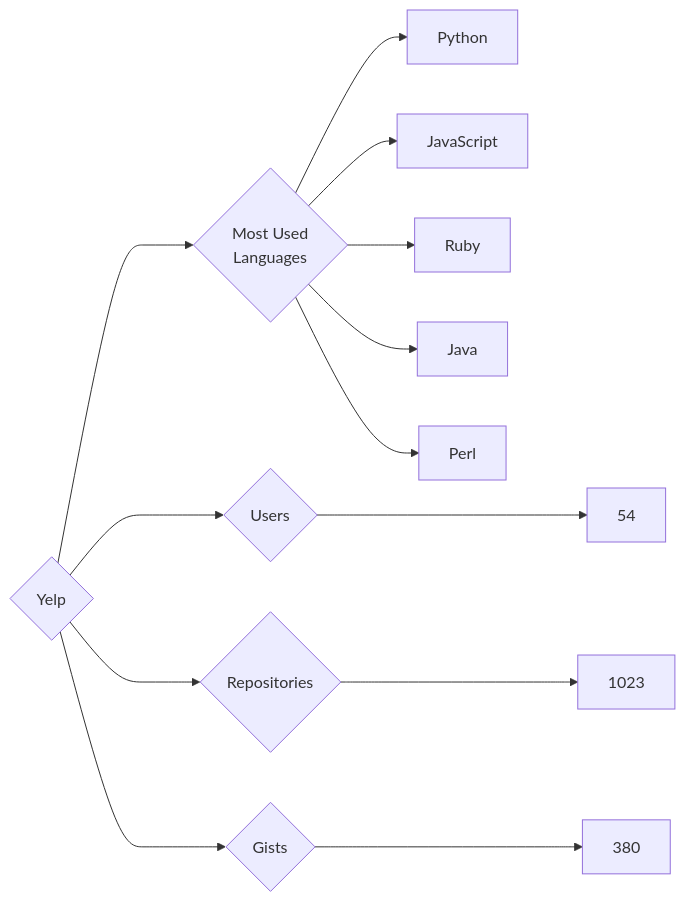
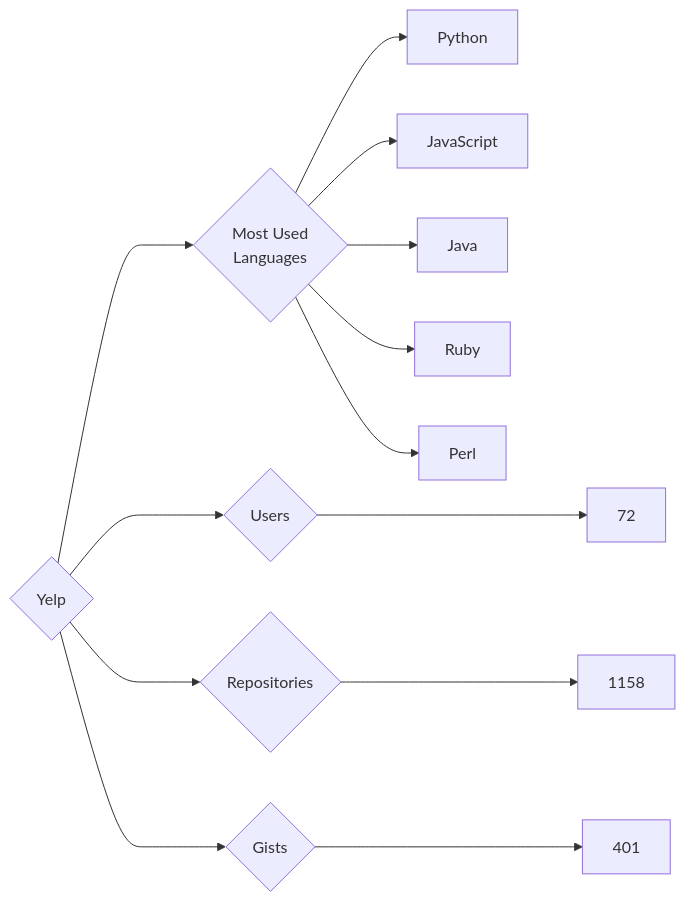
One commit to trickest/insiders changed the diagram in targets/Yelp/README.md. Above: the diagram before and after it, drawn with Mermaid. The commit also changed 1011 other files, not shown here.

````diff
--- a/targets/Yelp/README.md
+++ b/targets/Yelp/README.md
@@ -3,13 +3,13 @@
 ```mermaid
 graph LR
 COMPANY_NAME{Yelp}
-COMPANY_NAME ---> U{Users} ---> UN[54]
-COMPANY_NAME ---> R{Repositories} ---> RN[1023]
-COMPANY_NAME ---> G{Gists} ---> GN[380]
+COMPANY_NAME ---> U{Users} ---> UN[72]
+COMPANY_NAME ---> R{Repositories} ---> RN[1158]
+COMPANY_NAME ---> G{Gists} ---> GN[401]
 COMPANY_NAME ---> ML{Most Used<br>Languages}
 ML --> Python[Python]
 ML --> JavaScript[JavaScript]
+ML --> Java[Java]
 ML --> Ruby[Ruby]
-ML --> Java[Java]
 ML --> Perl[Perl]
 ```
````
